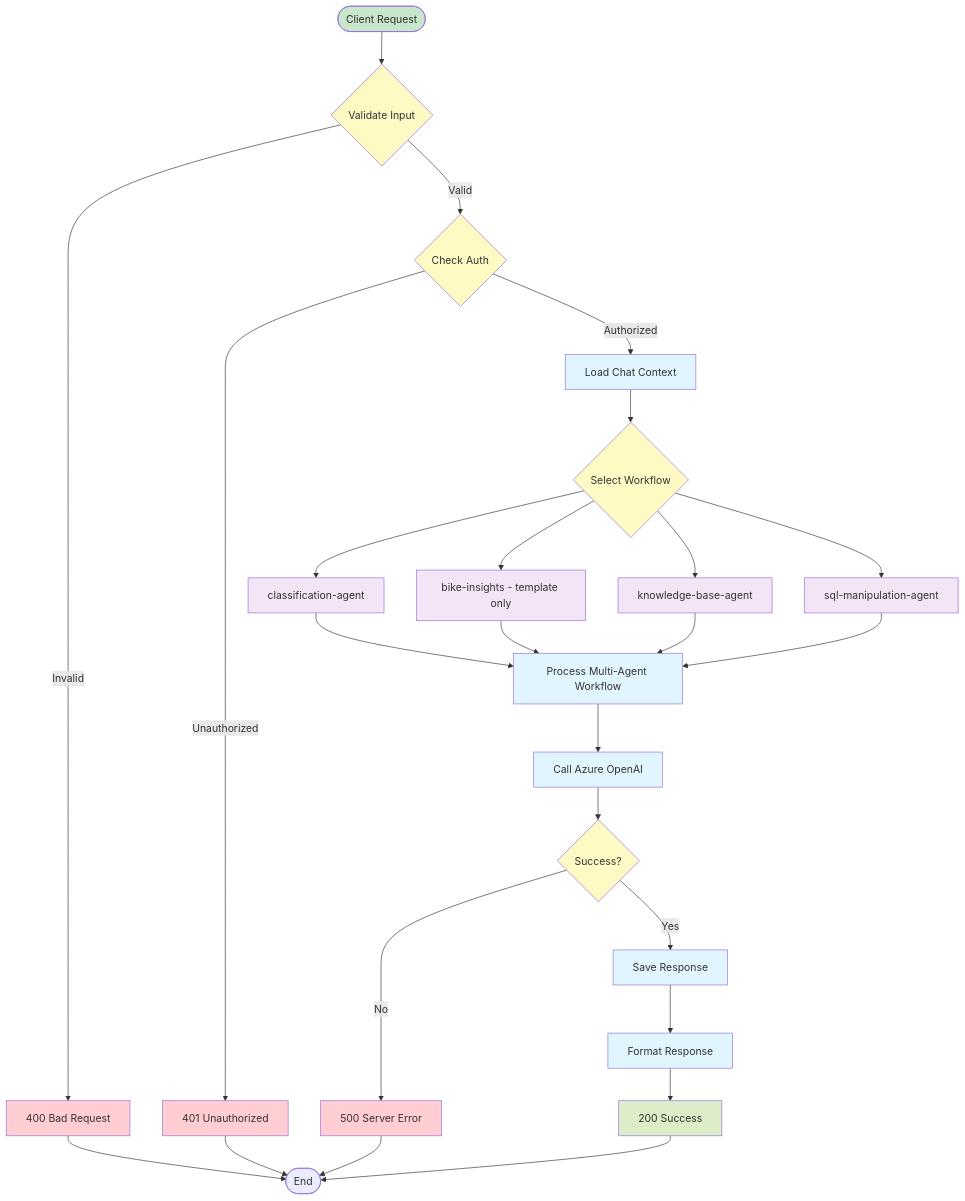
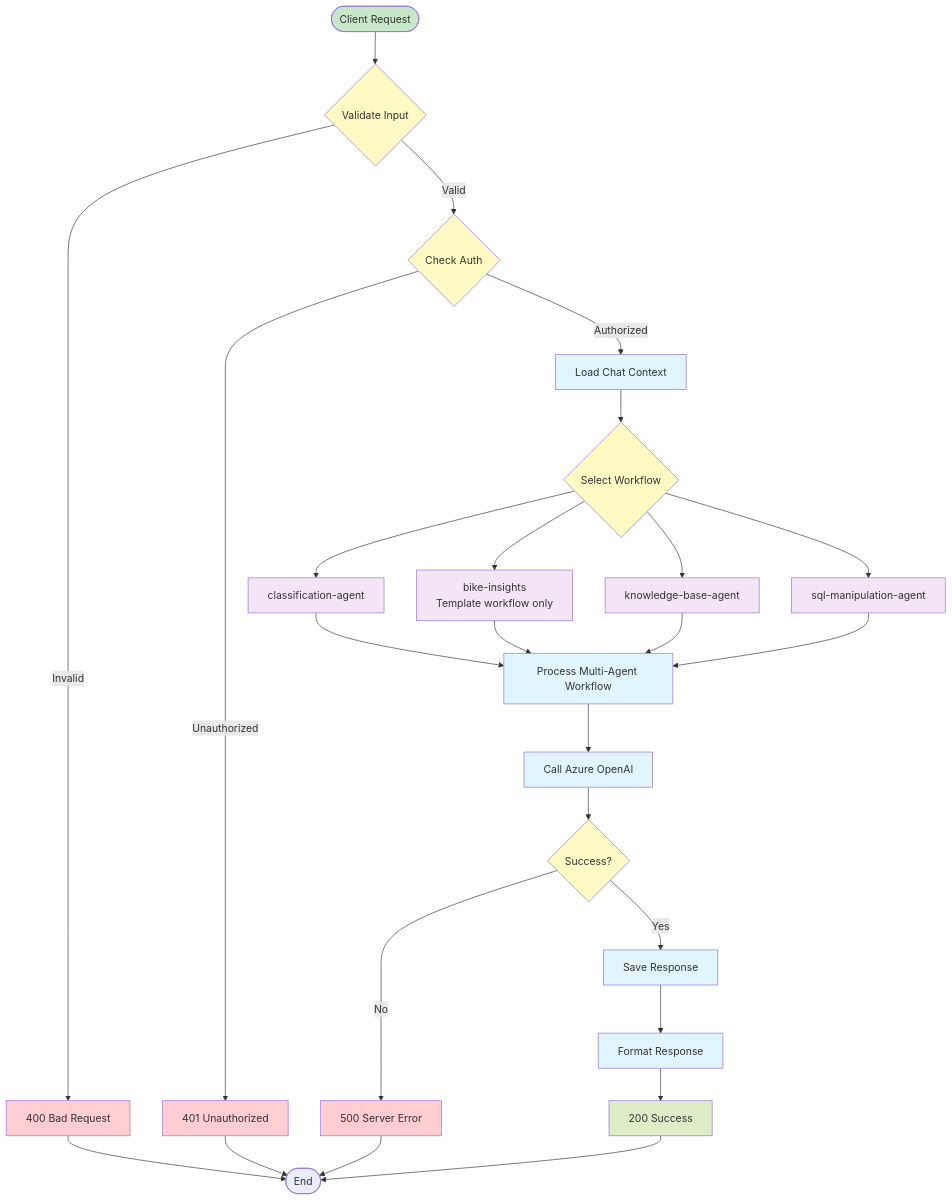
Before and after one commit to the-ingenious-dark-knight/Insight_Ingenious: the fourth of 6 diagrams in docs/api/README.md, drawn with Mermaid. The commit also changed other lines of this file and 6 other files, not shown here.

````diff
--- a/docs/api/README.md
+++ b/docs/api/README.md
@@ -169,48 +169,48 @@
 ```mermaid
 flowchart TD
     START([Client Request]) --> VALIDATE{Validate Input}
     VALIDATE -->|Valid| AUTH{Check Auth}
     VALIDATE -->|Invalid| ERROR_400[400 Bad Request]
 
     AUTH -->|Authorized| LOAD_CONTEXT[Load Chat Context]
     AUTH -->|Unauthorized| ERROR_401[401 Unauthorized]
 
     LOAD_CONTEXT --> SELECT_WORKFLOW{Select Workflow}
     SELECT_WORKFLOW --> CLASSIFICATION[classification-agent]
-    SELECT_WORKFLOW --> BIKE_INSIGHTS[bike-insights - template only]
+    SELECT_WORKFLOW --> BIKE_INSIGHTS[bike-insights<br/>Template workflow only]
     SELECT_WORKFLOW --> KNOWLEDGE_BASE[knowledge-base-agent]
     SELECT_WORKFLOW --> SQL_AGENT[sql-manipulation-agent]
 
     CLASSIFICATION --> PROCESS_MESSAGE[Process Multi-Agent Workflow]
     BIKE_INSIGHTS --> PROCESS_MESSAGE
     KNOWLEDGE_BASE --> PROCESS_MESSAGE
     SQL_AGENT --> PROCESS_MESSAGE
 
     PROCESS_MESSAGE --> LLM_CALL[Call Azure OpenAI]
     LLM_CALL --> SUCCESS{Success?}
 
     SUCCESS -->|Yes| SAVE_RESPONSE[Save Response]
     SUCCESS -->|No| ERROR_500[500 Server Error]
 
     SAVE_RESPONSE --> FORMAT_RESPONSE[Format Response]
     FORMAT_RESPONSE --> RETURN_200[200 Success]
 
     ERROR_400 --> END([End])
     ERROR_401 --> END
     ERROR_500 --> END
     RETURN_200 --> END
 
     classDef start fill:#c8e6c9
     classDef process fill:#e1f5fe
     classDef decision fill:#fff9c4
     classDef workflow fill:#f3e5f5
     classDef success fill:#dcedc8
     classDef error fill:#ffcdd2
 
     class START start
     class LOAD_CONTEXT,PROCESS_MESSAGE,LLM_CALL,SAVE_RESPONSE,FORMAT_RESPONSE process
     class VALIDATE,AUTH,SELECT_WORKFLOW,SUCCESS decision
     class BIKE_INSIGHTS,CLASSIFICATION,KNOWLEDGE_BASE,SQL_AGENT workflow
     class RETURN_200 success
     class ERROR_400,ERROR_401,ERROR_500 error
 ```
````
